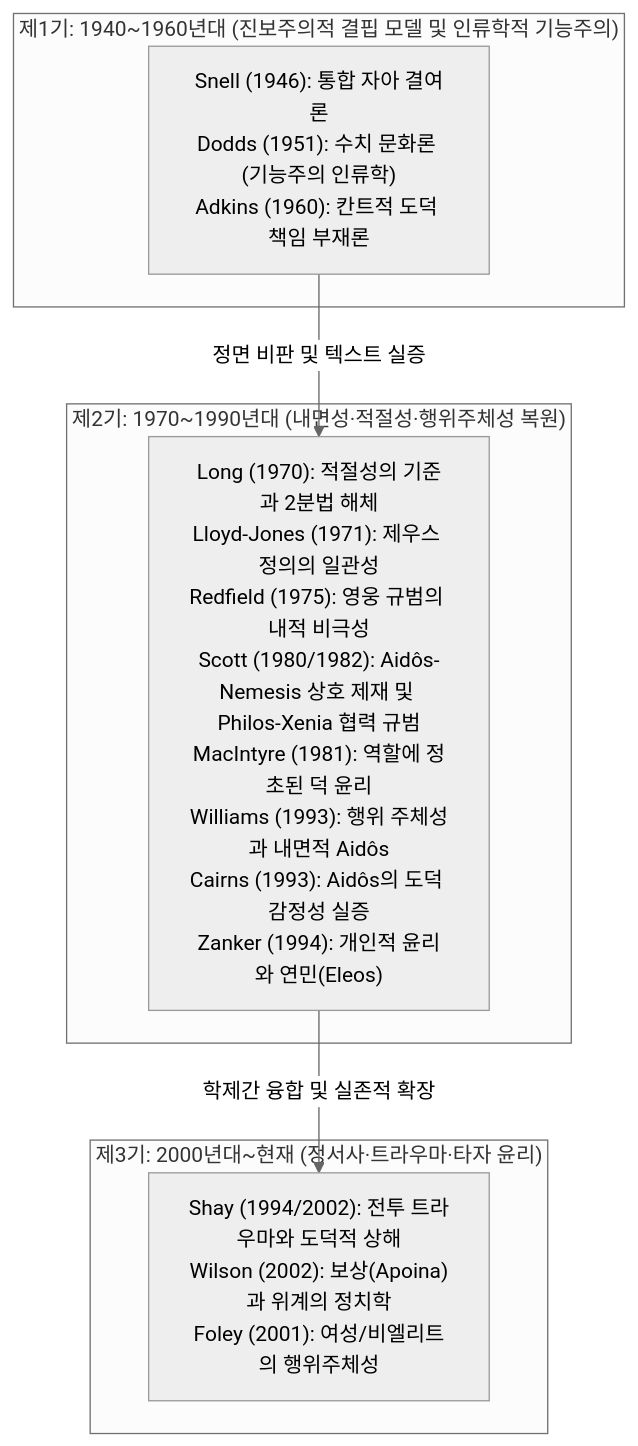
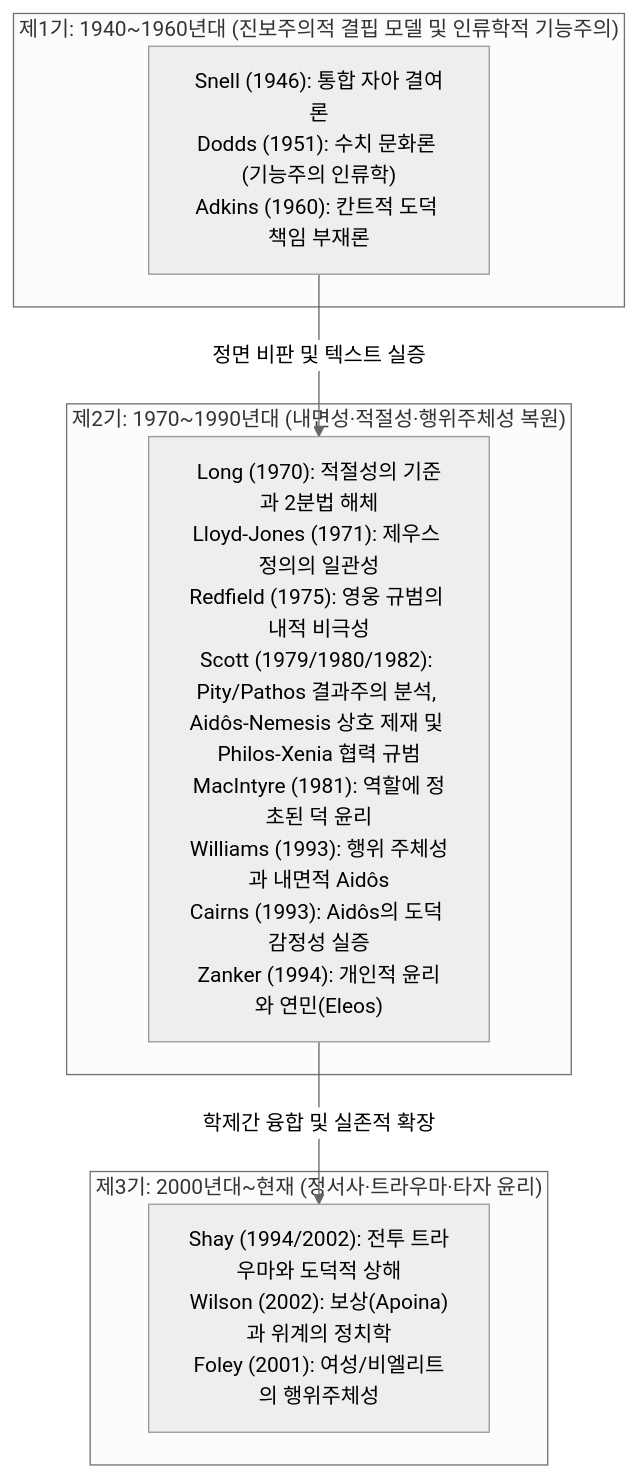
The third of 4 diagrams in wiki/analyses/homeric-ethics-literature-review.md (YgHnSIM/Homer_wiki), drawn with Mermaid (neutral theme) before and after one commit. The commit also changed other lines of this file and 11 other files, not shown here.

````diff
--- a/wiki/analyses/homeric-ethics-literature-review.md
+++ b/wiki/analyses/homeric-ethics-literature-review.md
@@ -273,17 +275,17 @@
 ```mermaid
 graph TD
     subgraph "제1기: 1940~1960년대 (진보주의적 결핍 모델 및 인류학적 기능주의)"
         P1["Snell (1946): 통합 자아 결여론<br/>Dodds (1951): 수치 문화론 (기능주의 인류학)<br/>Adkins (1960): 칸트적 도덕 책임 부재론"]
     end
 
     subgraph "제2기: 1970~1990년대 (내면성·적절성·행위주체성 복원)"
-        P2["Long (1970): 적절성의 기준과 2분법 해체<br/>Lloyd-Jones (1971): 제우스 정의의 일관성<br/>Redfield (1975): 영웅 규범의 내적 비극성<br/>Scott (1980/1982): Aidôs-Nemesis 상호 제재 및 Philos-Xenia 협력 규범<br/>MacIntyre (1981): 역할에 정초된 덕 윤리<br/>Williams (1993): 행위 주체성과 내면적 Aidôs<br/>Cairns (1993): Aidôs의 도덕 감정성 실증<br/>Zanker (1994): 개인적 윤리와 연민(Eleos)"]
+        P2["Long (1970): 적절성의 기준과 2분법 해체<br/>Lloyd-Jones (1971): 제우스 정의의 일관성<br/>Redfield (1975): 영웅 규범의 내적 비극성<br/>Scott (1979/1980/1982): Pity/Pathos 결과주의 분석, Aidôs-Nemesis 상호 제재 및 Philos-Xenia 협력 규범<br/>MacIntyre (1981): 역할에 정초된 덕 윤리<br/>Williams (1993): 행위 주체성과 내면적 Aidôs<br/>Cairns (1993): Aidôs의 도덕 감정성 실증<br/>Zanker (1994): 개인적 윤리와 연민(Eleos)"]
     end
 
     subgraph "제3기: 2000년대~현재 (정서사·트라우마·타자 윤리)"
         P3["Shay (1994/2002): 전투 트라우마와 도덕적 상해<br/>Wilson (2002): 보상(Apoina)과 위계의 정치학<br/>Foley (2001): 여성/비엘리트의 행위주체성"]
     end
 
     P1 -->|정면 비판 및 텍스트 실증| P2
     P2 -->|학제간 융합 및 실존적 확장| P3
 ```
````
